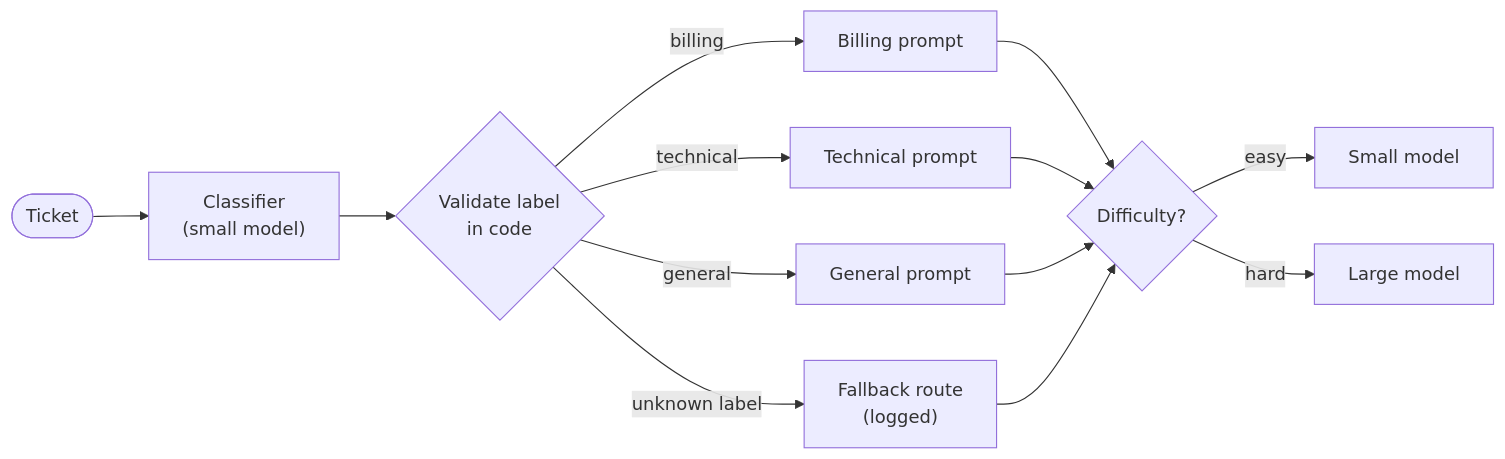
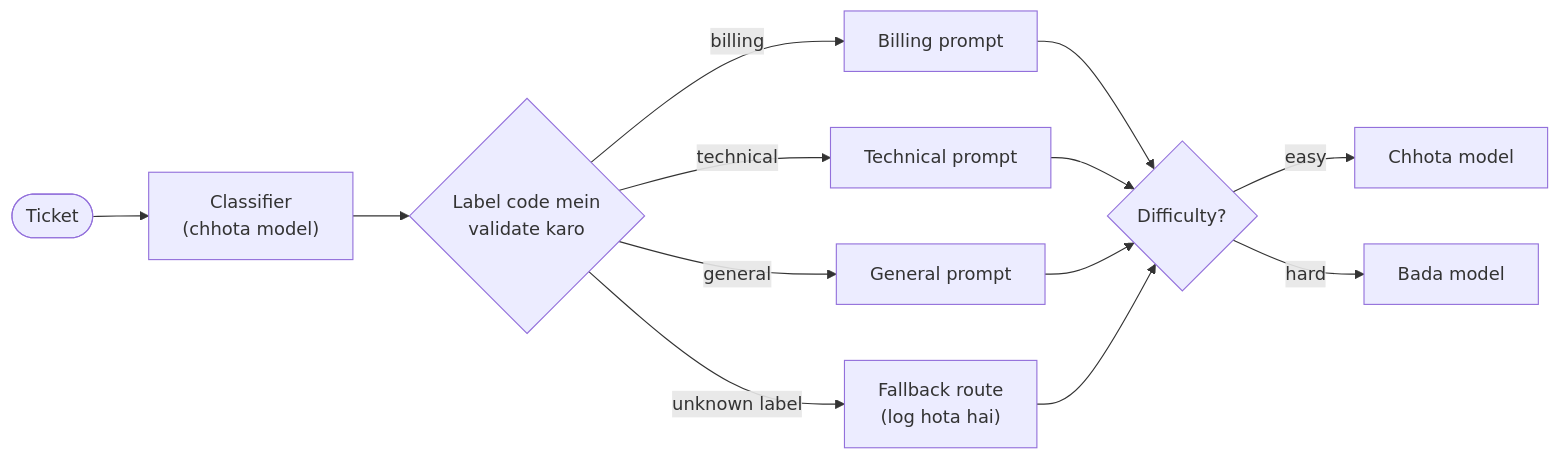
Before and after one commit to asmustechno/agentic-ai-notes: the diagram in docs/09-agent-design-patterns/09.2-routing.md, drawn with Mermaid. The commit also changed other lines of this file and 135 other files, not shown here.

````diff
--- a/docs/09-agent-design-patterns/09.2-routing.md
+++ b/docs/09-agent-design-patterns/09.2-routing.md
@@ -41,12 +41,12 @@
 ```mermaid
 flowchart LR
-    IN([Ticket]) --> C["Classifier<br/>(small model)"]
-    C --> V{"Validate label<br/>in code"}
+    IN([Ticket]) --> C["Classifier<br/>(chhota model)"]
+    C --> V{"Label code mein<br/>validate karo"}
     V -->|"billing"| B["Billing prompt"]
     V -->|"technical"| T["Technical prompt"]
     V -->|"general"| G["General prompt"]
-    V -->|"unknown label"| F["Fallback route<br/>(logged)"]
+    V -->|"unknown label"| F["Fallback route<br/>(log hota hai)"]
     B & T & G & F --> D{"Difficulty?"}
-    D -->|easy| S["Small model"]
-    D -->|hard| L["Large model"]
+    D -->|easy| S["Chhota model"]
+    D -->|hard| L["Bada model"]
 ```
````
